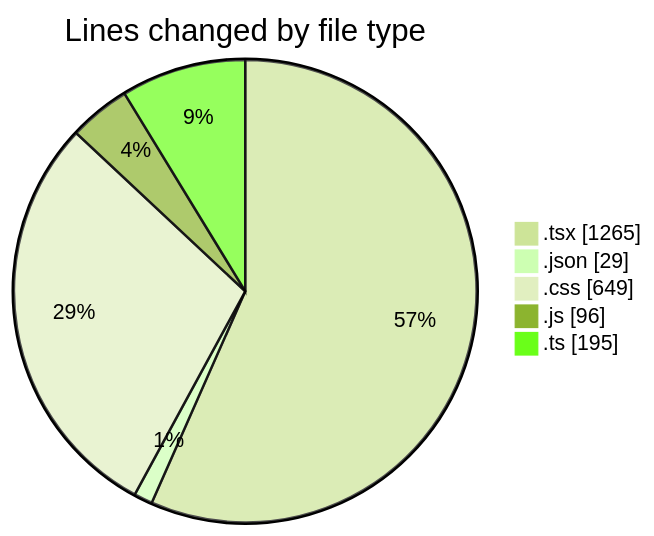
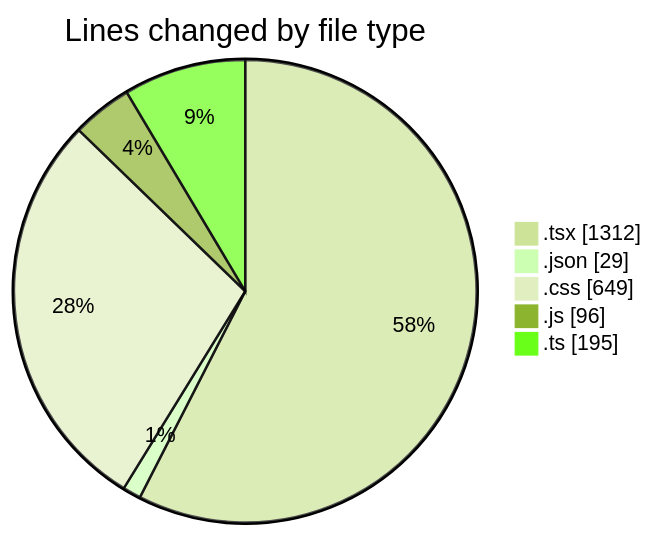
The first of 2 diagrams in 2025-05-15/laala_boost/README.md (Elitesun/code-tracking), drawn with Mermaid (forest theme) before and after one commit. The commit also changed other lines of this file and 1 other file, not shown here.

````diff
--- a/2025-05-15/laala_boost/README.md
+++ b/2025-05-15/laala_boost/README.md
@@ -31,9 +31,9 @@
 ```mermaid
 pie showData
 title Lines changed by file type
-".tsx" : 1265
+".tsx" : 1312
 ".json" : 29
 ".css" : 649
 ".js" : 96
 ".ts" : 195
 ```
````
